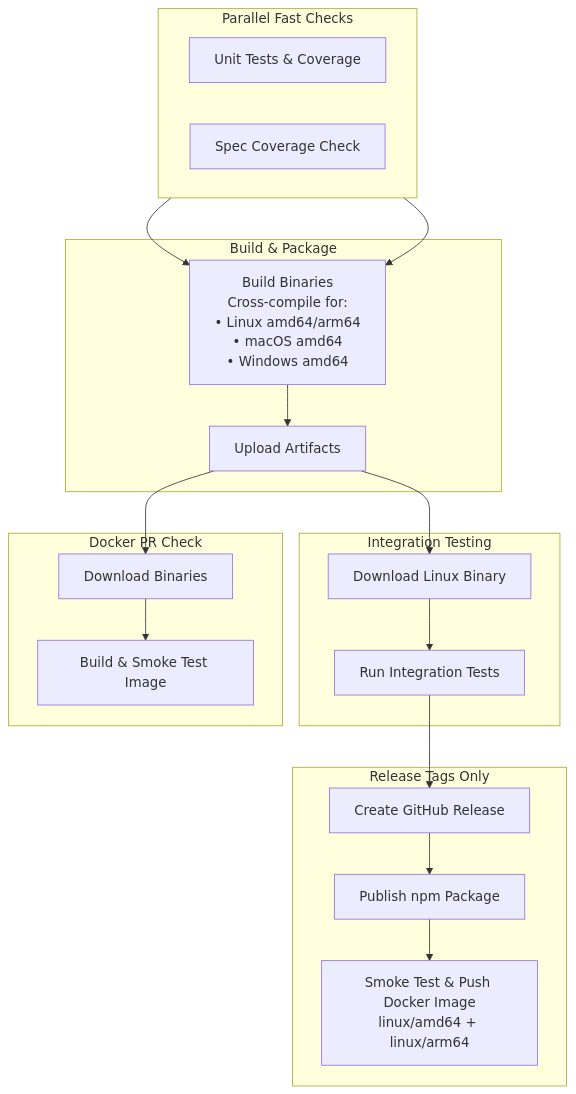
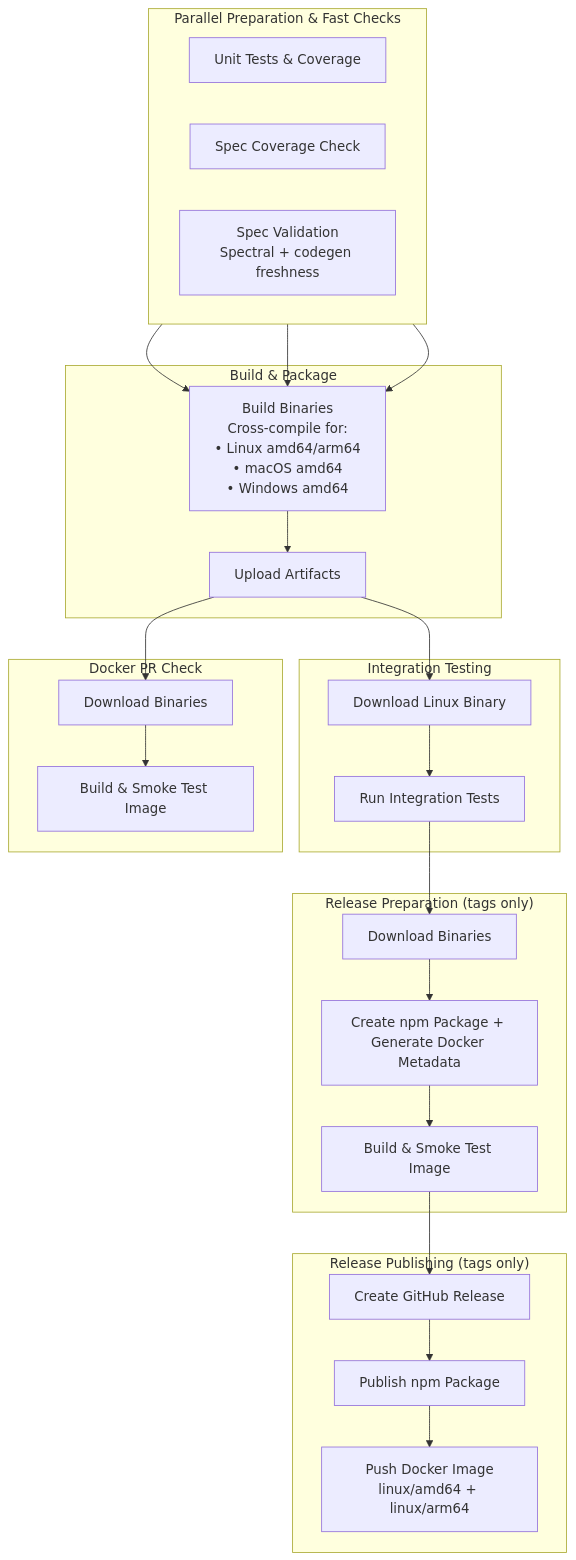
Before and after one commit to mamonth/oasmock: the first of 2 diagrams in docs/ci-cd.md, drawn with Mermaid. The commit also changed other lines of this file and 1 other file, not shown here.

First line of the commit message:
Gate release publishing on preparation

````diff
--- a/docs/ci-cd.md
+++ b/docs/ci-cd.md
@@ -17,40 +18,51 @@
 ```mermaid
 flowchart TD
-    subgraph P1["Parallel Fast Checks"]
+    subgraph P1["Parallel Preparation & Fast Checks"]
         direction LR
         A[Unit Tests & Coverage]
         B[Spec Coverage Check]
+        B2[Spec Validation<br/>Spectral + codegen freshness]
     end
 
     subgraph P2["Build & Package"]
         C[Build Binaries<br/>Cross-compile for:<br/>• Linux amd64/arm64<br/>• macOS amd64<br/>• Windows amd64]
         D[Upload Artifacts]
     end
 
     subgraph P3["Integration Testing"]
         E[Download Linux Binary]
         F[Run Integration Tests]
     end
 
     subgraph P3b["Docker PR Check"]
         G2[Download Binaries]
         H2[Build & Smoke Test Image]
     end
 
-    subgraph P4["Release Tags Only"]
+    subgraph P4["Release Preparation (tags only)"]
+        G0[Download Binaries]
+        G1[Create npm Package + Generate Docker Metadata]
+        G2b[Build & Smoke Test Image]
+    end
+
+    subgraph P5["Release Publishing (tags only)"]
         G[Create GitHub Release]
         H[Publish npm Package]
-        J[Smoke Test & Push Docker Image<br/>linux/amd64 + linux/arm64]
+        J[Push Docker Image<br/>linux/amd64 + linux/arm64]
     end
 
     A --> C
     B --> C
+    B2 --> C
     C --> D
     D --> E
     E --> F
     D --> G2
     G2 --> H2
-    F --> G
+    F --> G0
+    G0 --> G1
+    G1 --> G2b
+    G2b --> G
     G --> H
     H --> J
 ```
````
